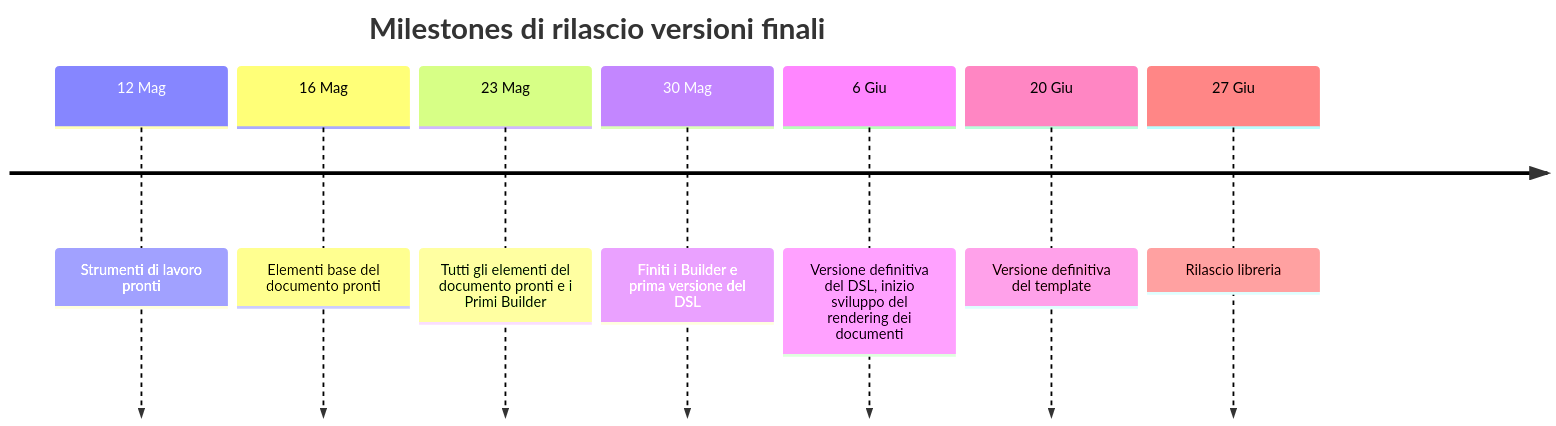
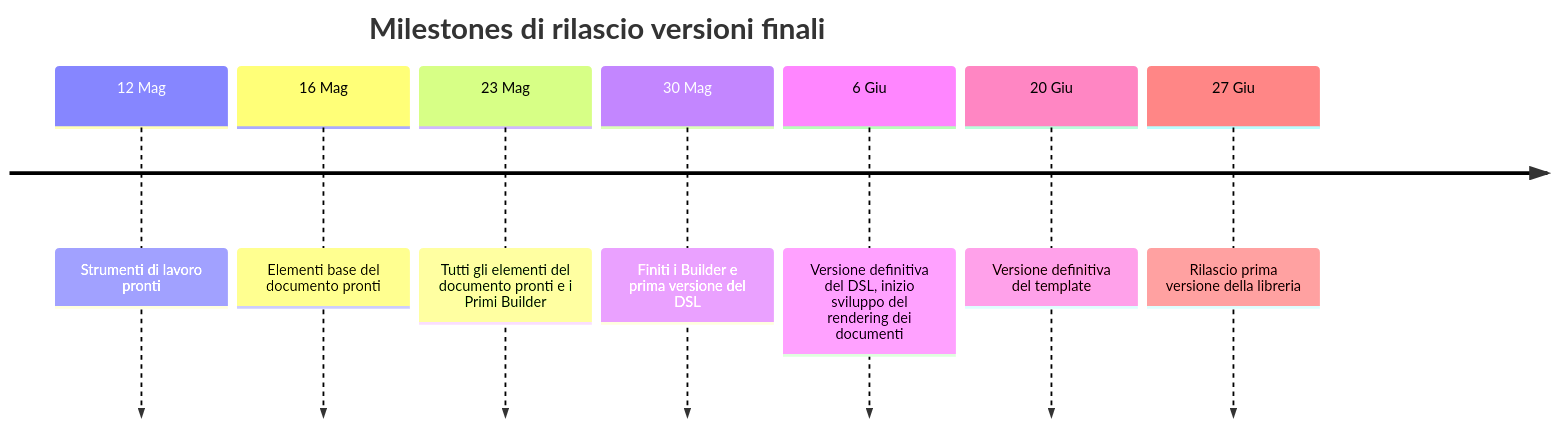
Before and after one commit to PM-Papyrus/PM-Papyrus: the diagram in process/Allegato-5.md, drawn with Mermaid. The commit also changed other lines of this file, not shown here.

````diff
--- a/process/Allegato-5.md
+++ b/process/Allegato-5.md
@@ -11,11 +11,11 @@
 ```mermaid
 timeline
     title Milestones di rilascio versioni finali
     12 Mag : Strumenti di lavoro pronti
     16 Mag : Elementi base del documento pronti
     23 Mag : Tutti gli elementi del documento pronti e i Primi Builder
     30 Mag : Finiti i Builder e prima versione del DSL
     6 Giu : Versione definitiva del DSL, inizio sviluppo del rendering dei documenti
     20 Giu : Versione definitiva del template
-    27 Giu : Rilascio libreria
+    27 Giu : Rilascio prima versione della libreria
 ```
````
